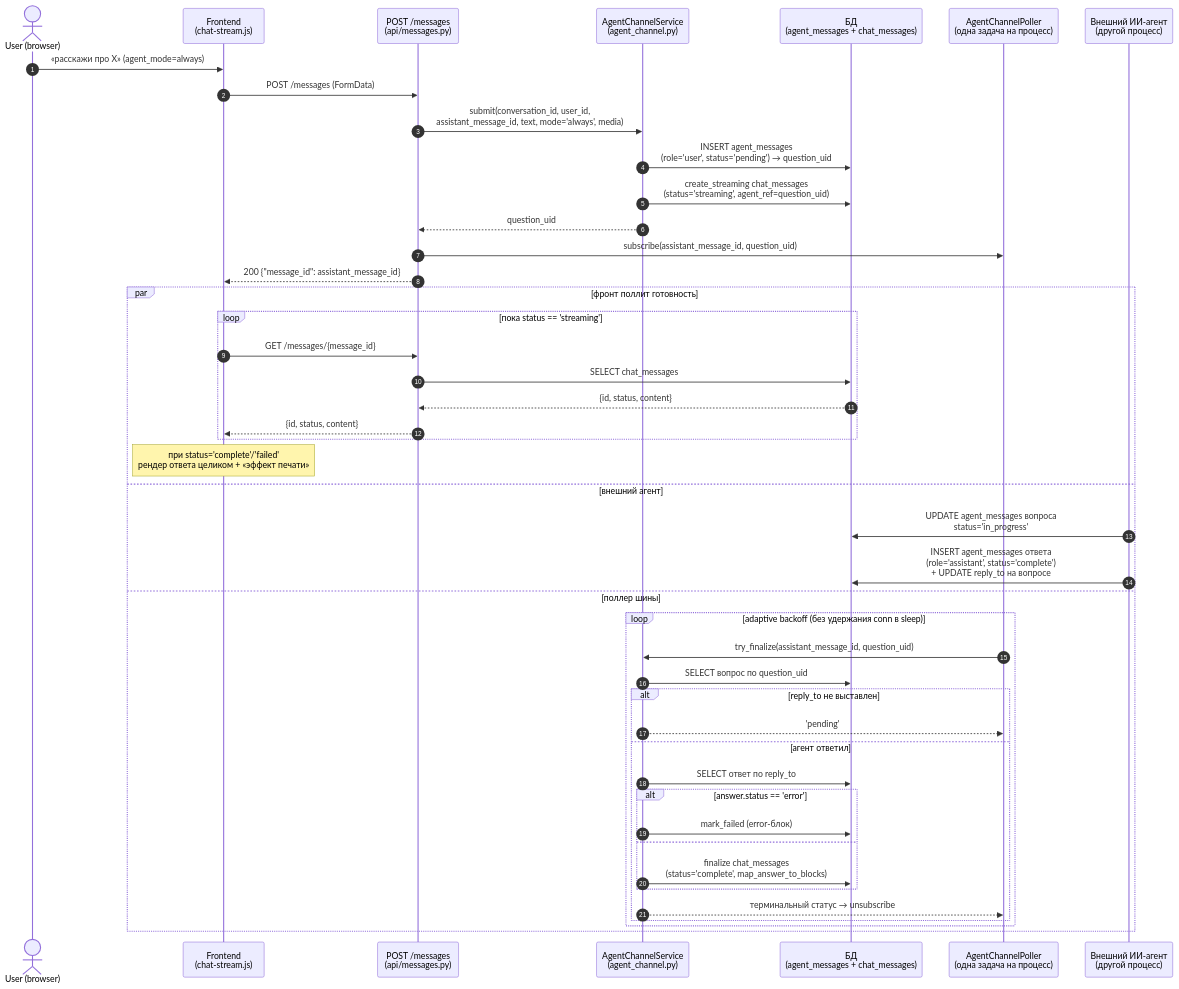
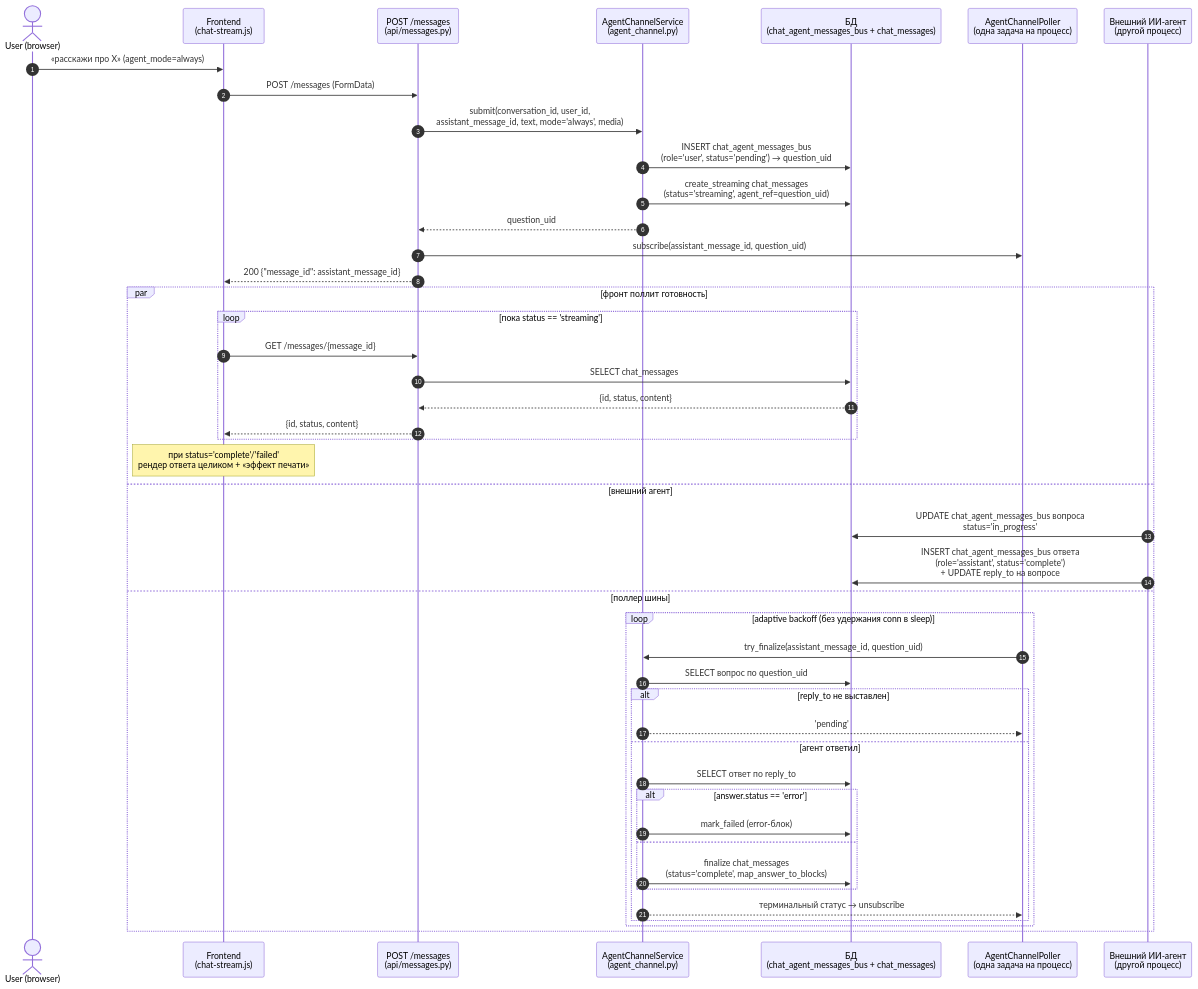
Before and after one commit to mr-Dees/Act-Constructor: the first of 2 diagrams in docs/architecture/agent-channel-sequence.md, drawn with Mermaid. The commit also changed other lines of this file and 32 other files, not shown here.

Commit message:
Bus-таблица агента переименована в chat_agent_messages_bus и дополнен drop-скрипт пропущенными sequences

````diff
--- a/docs/architecture/agent-channel-sequence.md
+++ b/docs/architecture/agent-channel-sequence.md
@@ -45,49 +45,49 @@
 ```mermaid
 sequenceDiagram
     autonumber
     actor U as User (browser)
     participant F as Frontend<br/>(chat-stream.js)
     participant API as POST /messages<br/>(api/messages.py)
     participant CS as AgentChannelService<br/>(agent_channel.py)
-    participant DB as БД<br/>(agent_messages + chat_messages)
+    participant DB as БД<br/>(chat_agent_messages_bus + chat_messages)
     participant POLL as AgentChannelPoller<br/>(одна задача на процесс)
     participant EXT as Внешний ИИ-агент<br/>(другой процесс)
 
     U->>F: «расскажи про X» (agent_mode=always)
     F->>API: POST /messages (FormData)
     API->>CS: submit(conversation_id, user_id,<br/>assistant_message_id, text, mode='always', media)
-    CS->>DB: INSERT agent_messages<br/>(role='user', status='pending') → question_uid
+    CS->>DB: INSERT chat_agent_messages_bus<br/>(role='user', status='pending') → question_uid
     CS->>DB: create_streaming chat_messages<br/>(status='streaming', agent_ref=question_uid)
     CS-->>API: question_uid
     API->>POLL: subscribe(assistant_message_id, question_uid)
     API-->>F: 200 {"message_id": assistant_message_id}
 
     par фронт поллит готовность
         loop пока status == 'streaming'
             F->>API: GET /messages/{message_id}
             API->>DB: SELECT chat_messages
             DB-->>API: {id, status, content}
             API-->>F: {id, status, content}
         end
         Note over F: при status='complete'/'failed'<br/>рендер ответа целиком + «эффект печати»
     and внешний агент
-        EXT->>DB: UPDATE agent_messages вопроса<br/>status='in_progress'
-        EXT->>DB: INSERT agent_messages ответа<br/>(role='assistant', status='complete')<br/>+ UPDATE reply_to на вопросе
+        EXT->>DB: UPDATE chat_agent_messages_bus вопроса<br/>status='in_progress'
+        EXT->>DB: INSERT chat_agent_messages_bus ответа<br/>(role='assistant', status='complete')<br/>+ UPDATE reply_to на вопросе
     and поллер шины
         loop adaptive backoff (без удержания conn в sleep)
             POLL->>CS: try_finalize(assistant_message_id, question_uid)
             CS->>DB: SELECT вопрос по question_uid
             alt reply_to не выставлен
                 CS-->>POLL: 'pending'
             else агент ответил
                 CS->>DB: SELECT ответ по reply_to
                 alt answer.status == 'error'
                     CS->>DB: mark_failed (error-блок)
                 else
                     CS->>DB: finalize chat_messages<br/>(status='complete', map_answer_to_blocks)
                 end
                 CS-->>POLL: терминальный статус → unsubscribe
             end
         end
     end
 ```
````
